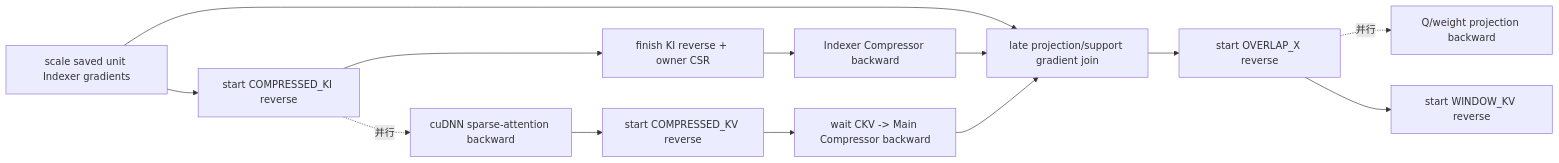
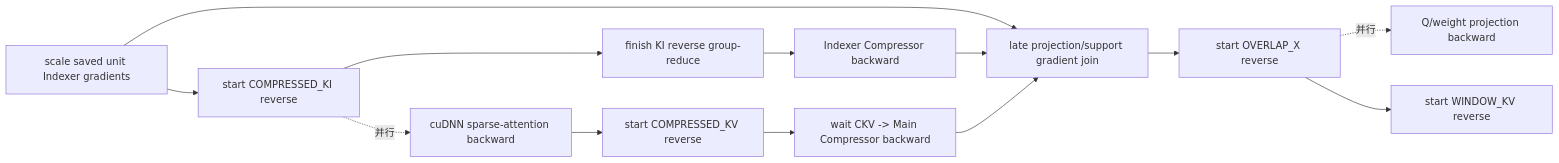
Before and after one commit to morganwen/MagiAttention: the fifth of 7 diagrams in docs/design/README_dsv4_cp_load_balancing_and_routing.md, drawn with Mermaid. The commit also changed other lines of this file and 18 other files, not shown here.

````diff
--- a/docs/design/README_dsv4_cp_load_balancing_and_routing.md
+++ b/docs/design/README_dsv4_cp_load_balancing_and_routing.md
@@ -574,15 +572,15 @@
 ```mermaid
 flowchart LR
     KLS["scale saved unit Indexer gradients"] --> KIS["start COMPRESSED_KI reverse"]
     KIS -.->|并行| SAB["cuDNN sparse-attention backward"]
-    KIS --> KIF["finish KI reverse + owner CSR"]
+    KIS --> KIF["finish KI reverse group-reduce"]
     KIF --> ICB["Indexer Compressor backward"]
     SAB --> KVB["start COMPRESSED_KV reverse"]
     KVB --> MCB["wait CKV -> Main Compressor backward"]
     KLS --> JOIN["late projection/support gradient join"]
     ICB --> JOIN
     MCB --> JOIN
     JOIN --> OXB["start OVERLAP_X reverse"]
     OXB -.->|并行| QWB["Q/weight projection backward"]
     OXB --> WINB["start WINDOW_KV reverse"]
 ```
````
